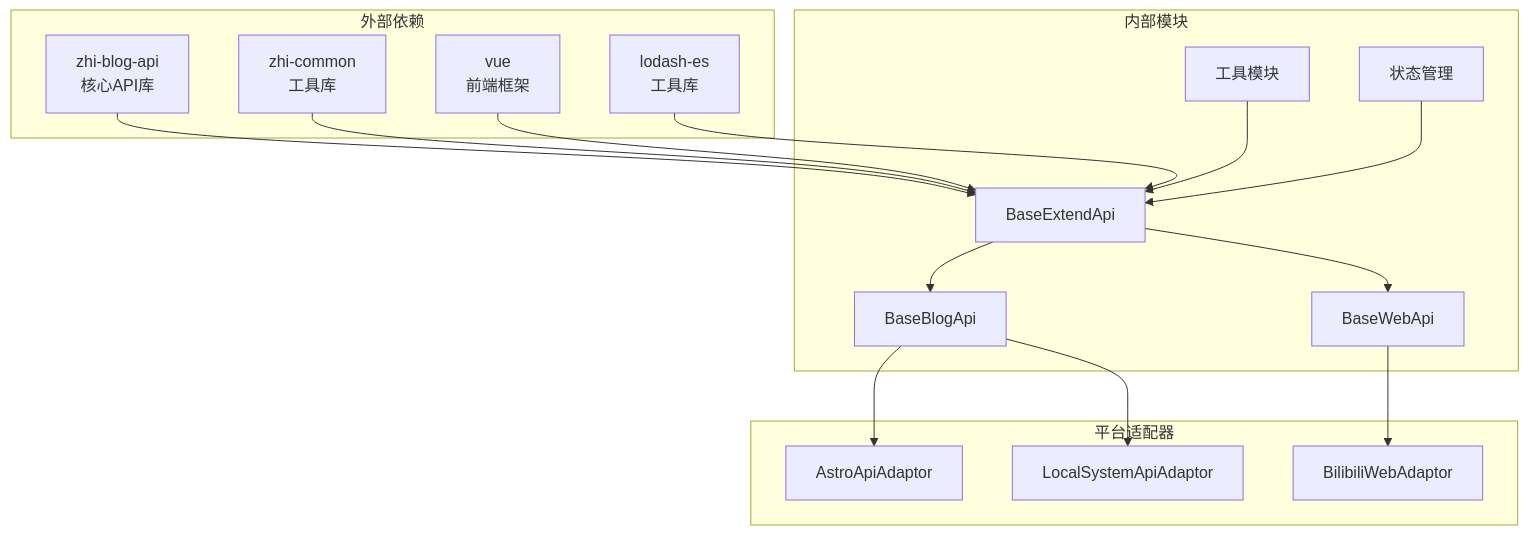
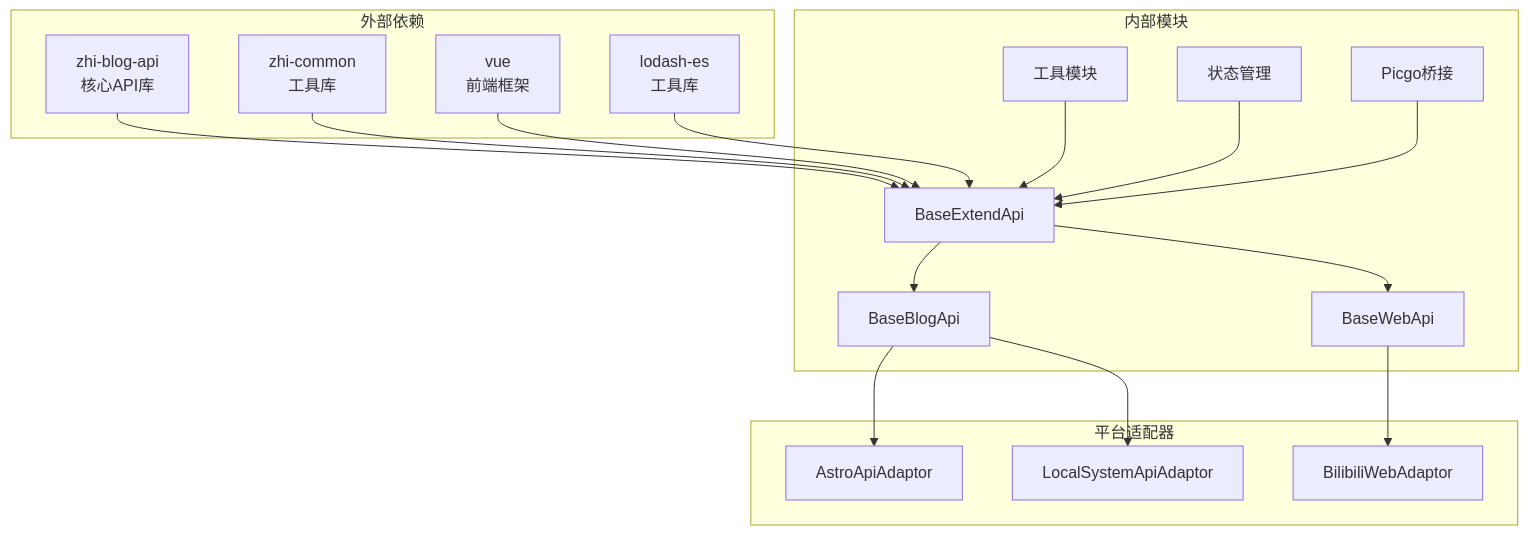
The eighth of 8 diagrams in .qoder/repowiki/zh/content/核心架构/适配器模式设计/BaseExtendApi基类设计.md (terwer/siyuan-plugin-publisher), drawn with Mermaid before and after one commit. The commit also changed other lines of this file and 5 other files, not shown here.

````diff
--- a/.qoder/repowiki/zh/content/核心架构/适配器模式设计/BaseExtendApi基类设计.md
+++ b/.qoder/repowiki/zh/content/核心架构/适配器模式设计/BaseExtendApi基类设计.md
@@ -323,32 +356,34 @@
 ```mermaid
 graph TB
 subgraph "外部依赖"
 ZhiBlogApi[zhi-blog-api<br/>核心API库]
 ZhiCommon[zhi-common<br/>工具库]
 Vue[vue<br/>前端框架]
 Lodash[lodash-es<br/>工具库]
 end
 subgraph "内部模块"
 BaseExtendApi[BaseExtendApi]
 BaseBlogApi[BaseBlogApi]
 BaseWebApi[BaseWebApi]
 Utils[工具模块]
 Stores[状态管理]
+PicgoBridge[Picgo桥接]
 end
 subgraph "平台适配器"
 AstroAdaptor[AstroApiAdaptor]
 LocalSystemAdaptor[LocalSystemApiAdaptor]
 BilibiliAdaptor[BilibiliWebAdaptor]
 end
 ZhiBlogApi --> BaseExtendApi
 ZhiCommon --> BaseExtendApi
 Vue --> BaseExtendApi
 Lodash --> BaseExtendApi
 BaseExtendApi --> BaseBlogApi
 BaseExtendApi --> BaseWebApi
 BaseBlogApi --> AstroAdaptor
 BaseBlogApi --> LocalSystemAdaptor
 BaseWebApi --> BilibiliAdaptor
 Utils --> BaseExtendApi
 Stores --> BaseExtendApi
+PicgoBridge --> BaseExtendApi
 ```
````
